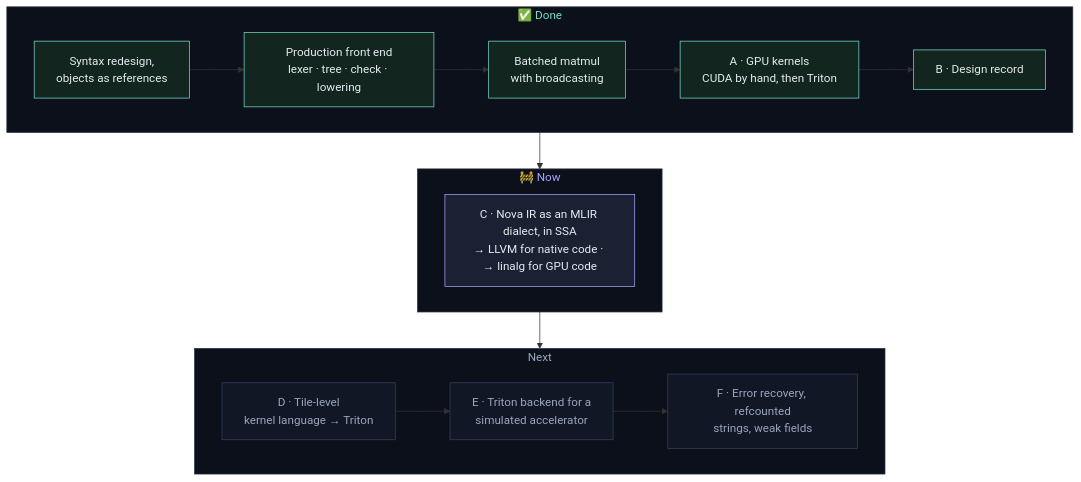
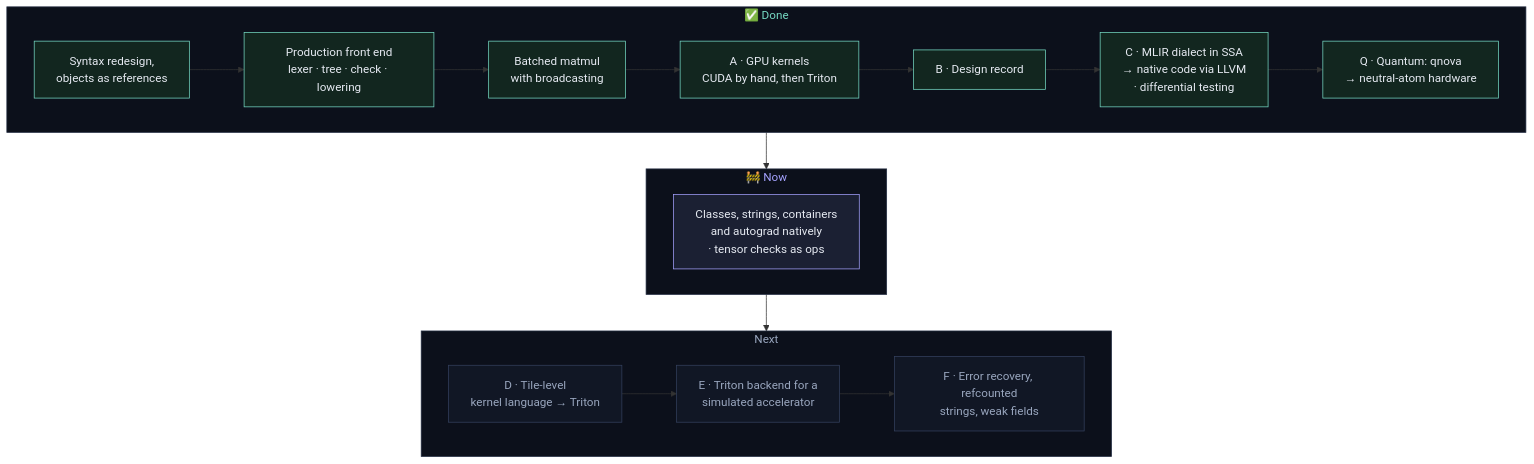
Before and after one commit to parhitmtech/NovaQuantum: the fourth of 4 diagrams in README.md, drawn with Mermaid. The commit also changed other lines of this file and 2 other files, not shown here.

First line of the commit message:
docs: record every benchmark and design decision of the MLIR and quantum work

````diff
--- a/README.md
+++ b/README.md
@@ -395,26 +402,26 @@
 ```mermaid
 flowchart TB
     subgraph done["✅ Done"]
         direction LR
-        d1["Syntax redesign,<br/>objects as references"] --> d2["Production front end<br/>lexer · tree · check · lowering"] --> d3["Batched matmul<br/>with broadcasting"] --> A["A · GPU kernels<br/>CUDA by hand, then Triton"] --> B["B · Design record"]
+        d1["Syntax redesign,<br/>objects as references"] --> d2["Production front end<br/>lexer · tree · check · lowering"] --> d3["Batched matmul<br/>with broadcasting"] --> A["A · GPU kernels<br/>CUDA by hand, then Triton"] --> B["B · Design record"] --> C["C · MLIR dialect in SSA<br/>→ native code via LLVM<br/>· differential testing"] --> Q["Q · Quantum: qnova<br/>→ neutral-atom hardware"]
     end
     subgraph now["🚧 Now"]
         direction LR
-        C["C · Nova IR as an MLIR dialect, in SSA<br/>→ LLVM for native code · → linalg for GPU code"]
+        N["Classes, strings, containers<br/>and autograd natively<br/>· tensor checks as ops"]
     end
     subgraph next["Next"]
         direction LR
         D["D · Tile-level<br/>kernel language → Triton"] --> E["E · Triton backend for a<br/>simulated accelerator"] --> F["F · Error recovery, refcounted<br/>strings, weak fields"]
     end
     done --> now --> next
 
     classDef done fill:#12261f,stroke:#76dac4,color:#e6eaf2
     classDef now fill:#1b2033,stroke:#a5a2ff,color:#e6eaf2
     classDef next fill:#111725,stroke:#34415e,color:#99a6be
-    class d1,d2,d3,A,B done
-    class C now
+    class d1,d2,d3,A,B,C,Q done
+    class N now
     class D,E,F next
     style done fill:#0c101b,stroke:#242e43,color:#76dac4
     style now fill:#0c101b,stroke:#242e43,color:#a5a2ff
     style next fill:#0c101b,stroke:#242e43,color:#99a6be
 ```
````
